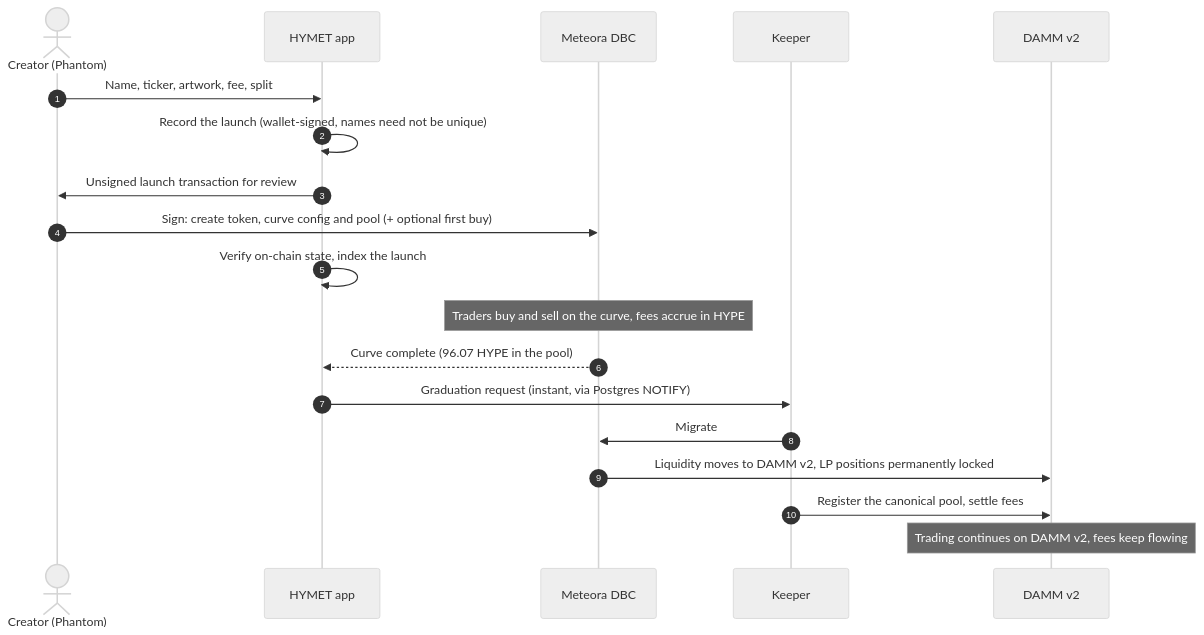
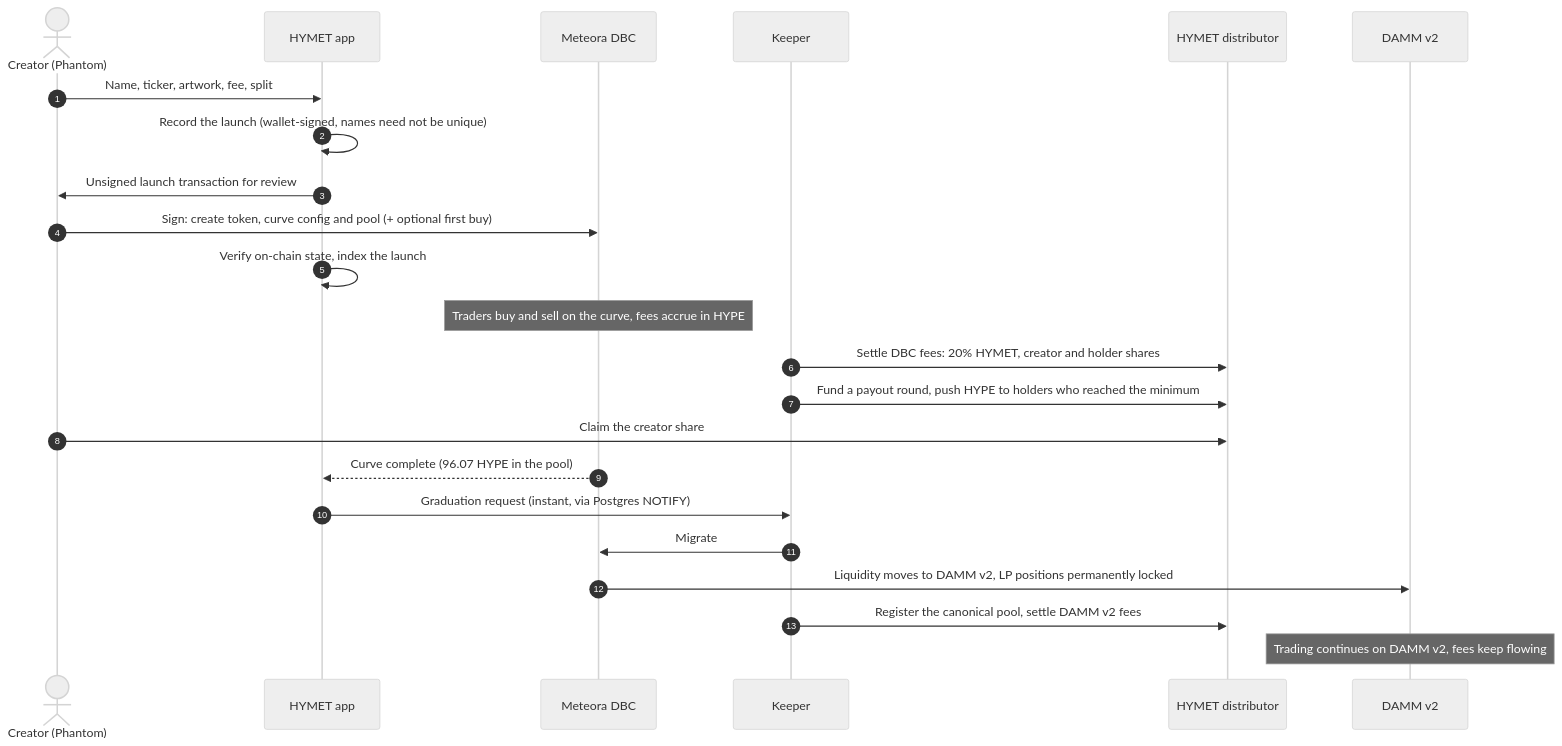
Before and after one commit to Hymetdotfun/hymet: the first of 3 diagrams in README.md, drawn with Mermaid (neutral theme). The commit also changed other lines of this file and 7 other files, not shown here.

````diff
--- a/README.md
+++ b/README.md
@@ -54,21 +57,25 @@
 ```mermaid
 sequenceDiagram
     autonumber
     actor C as Creator (Phantom)
     participant A as HYMET app
     participant DBC as Meteora DBC
     participant K as Keeper
+    participant H as HYMET distributor
     participant D as DAMM v2
     C->>A: Name, ticker, artwork, fee, split
     A->>A: Record the launch (wallet-signed, names need not be unique)
     A->>C: Unsigned launch transaction for review
     C->>DBC: Sign: create token, curve config and pool (+ optional first buy)
     A->>A: Verify on-chain state, index the launch
     Note over DBC: Traders buy and sell on the curve, fees accrue in HYPE
+    K->>H: Settle DBC fees: 20% HYMET, creator and holder shares
+    K->>H: Fund a payout round, push HYPE to holders who reached the minimum
+    C->>H: Claim the creator share
     DBC-->>A: Curve complete (96.07 HYPE in the pool)
     A->>K: Graduation request (instant, via Postgres NOTIFY)
     K->>DBC: Migrate
     DBC->>D: Liquidity moves to DAMM v2, LP positions permanently locked
-    K->>D: Register the canonical pool, settle fees
+    K->>H: Register the canonical pool, settle DAMM v2 fees
     Note over D: Trading continues on DAMM v2, fees keep flowing
 ```
````
